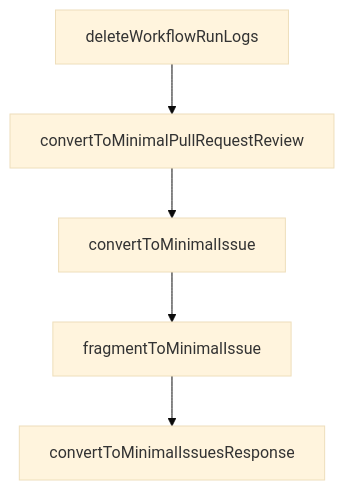
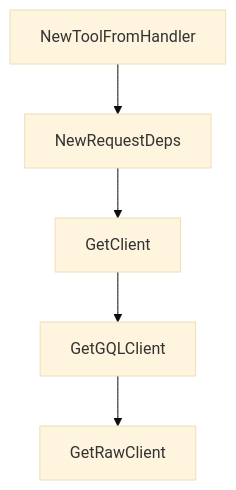
The diagram in tutorials/github-mcp-server-tutorial/03-authentication-and-token-strategy.md (johnxie/awesome-code-docs), drawn with Mermaid (base theme) before and after one commit. The commit also changed other lines of this file and 1232 other files, not shown here.

````diff
--- a/tutorials/github-mcp-server-tutorial/03-authentication-and-token-strategy.md
+++ b/tutorials/github-mcp-server-tutorial/03-authentication-and-token-strategy.md
@@ -221,12 +219,12 @@
 ```mermaid
 flowchart TD
-    A[deleteWorkflowRunLogs]
-    B[convertToMinimalPullRequestReview]
-    C[convertToMinimalIssue]
-    D[fragmentToMinimalIssue]
-    E[convertToMinimalIssuesResponse]
+    A[NewToolFromHandler]
+    B[NewRequestDeps]
+    C[GetClient]
+    D[GetGQLClient]
+    E[GetRawClient]
     A --> B
     B --> C
     C --> D
     D --> E
 ```
````
